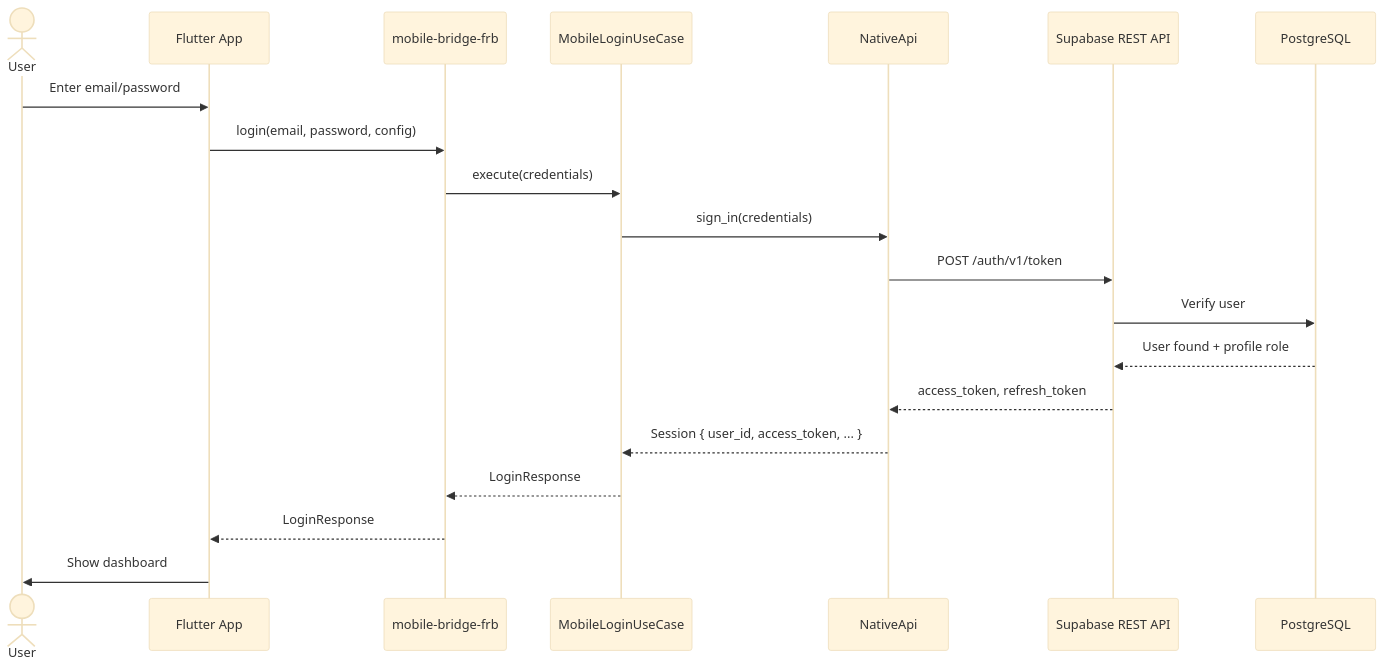
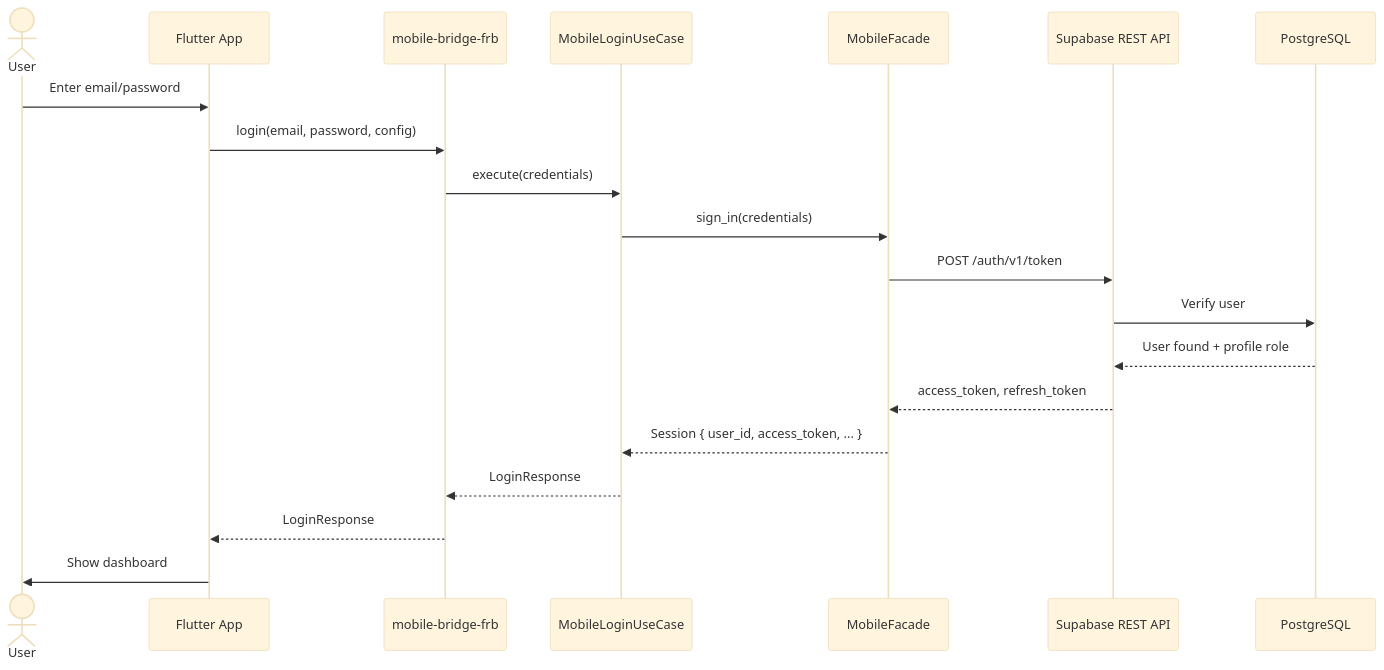
One commit to JosePFs/rustapp changed the third of 4 diagrams in ARCHITECTURE.md. Above: the diagram before and after it, drawn with Mermaid (base theme). The commit also changed other lines of this file and 2 other files, not shown here.

````diff
--- a/ARCHITECTURE.md
+++ b/ARCHITECTURE.md
@@ -355,23 +288,23 @@
 ```mermaid
 sequenceDiagram
     actor User
     participant Flutter as Flutter App
     participant Bridge as mobile-bridge-frb
     participant UseCase as MobileLoginUseCase
-    participant Adapter as NativeApi
+    participant Adapter as MobileFacade
     participant Supabase as Supabase REST API
     participant DB as PostgreSQL
 
     User->>Flutter: Enter email/password
     Flutter->>Bridge: login(email, password, config)
     Bridge->>UseCase: execute(credentials)
     UseCase->>Adapter: sign_in(credentials)
     Adapter->>Supabase: POST /auth/v1/token
     Supabase->>DB: Verify user
     DB-->>Supabase: User found + profile role
     Supabase-->>Adapter: access_token, refresh_token
     Adapter-->>UseCase: Session { user_id, access_token, ... }
     UseCase-->>Bridge: LoginResponse
     Bridge-->>Flutter: LoginResponse
     Flutter->>User: Show dashboard
 ```
````
